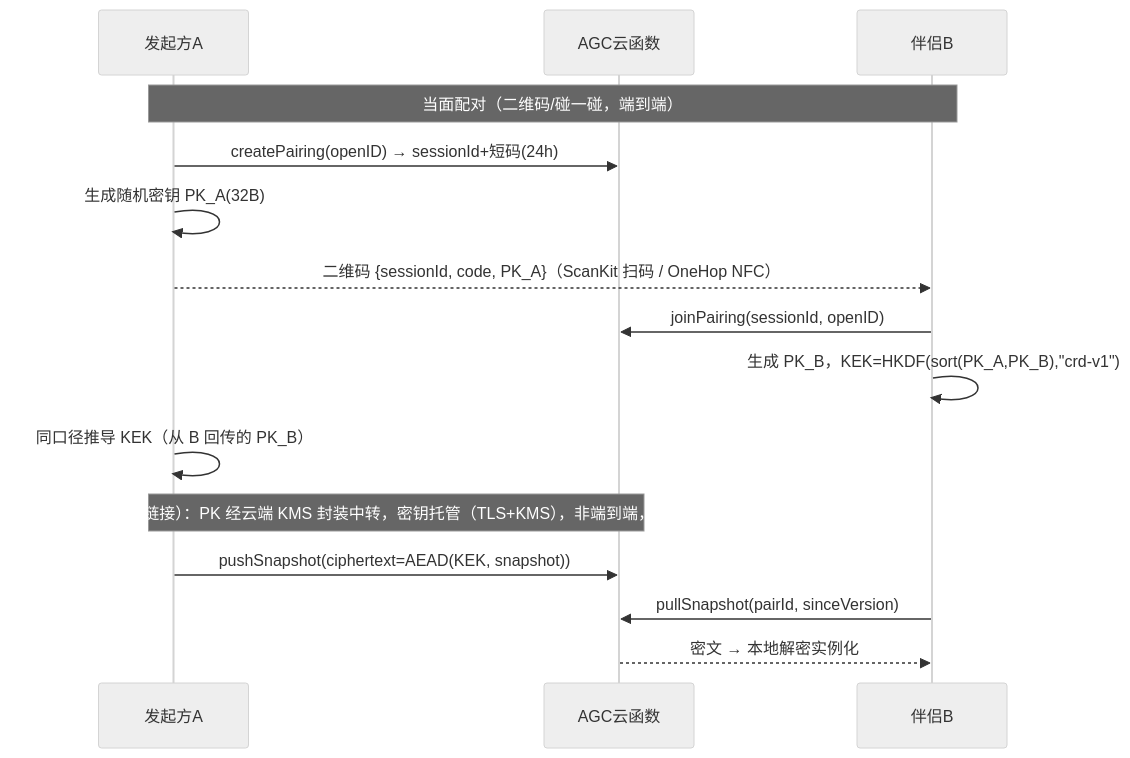
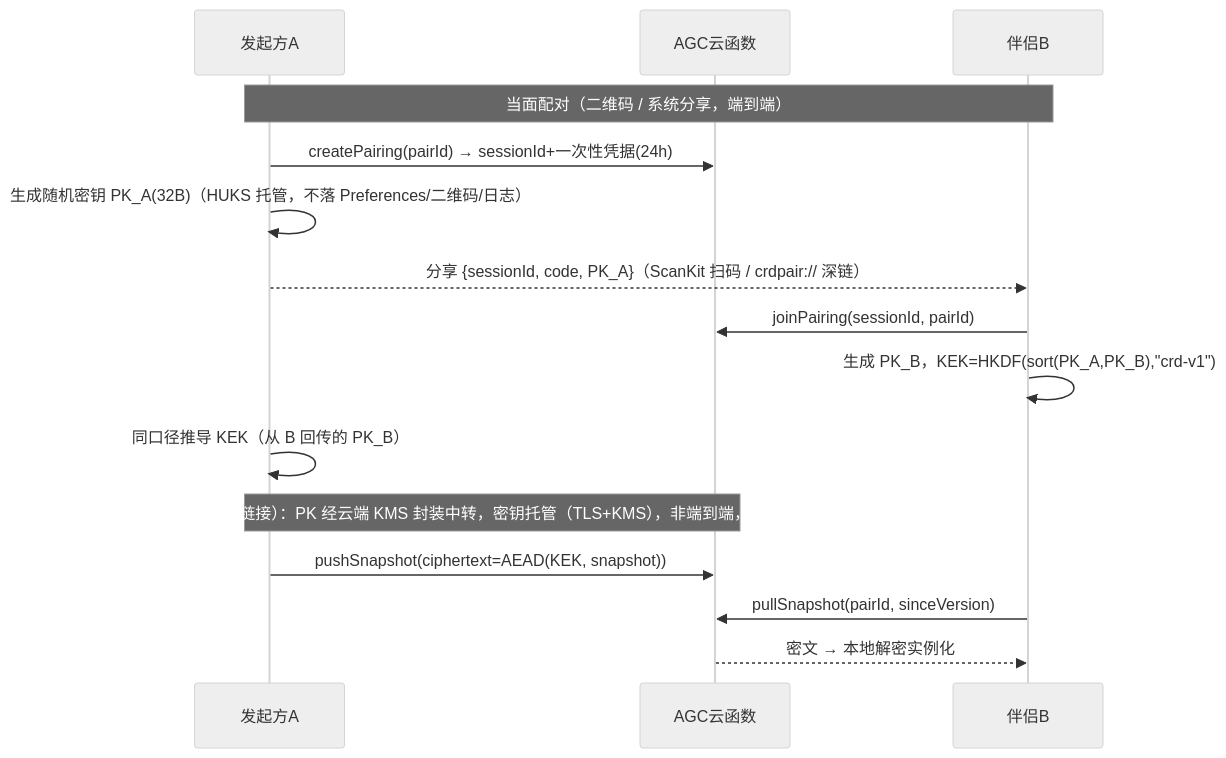
The third of 3 diagrams in docs/02-技术架构设计.md (Shen-Yuuu/CommonRestday), drawn with Mermaid (neutral theme) before and after one commit. The commit also changed other lines of this file and 9 other files, not shown here.

````diff
--- a/docs/02-技术架构设计.md
+++ b/docs/02-技术架构设计.md
@@ -276,17 +319,17 @@
 ```mermaid
 sequenceDiagram
     participant A as 发起方A
     participant C as AGC云函数
     participant B as 伴侣B
-    Note over A,B: 当面配对（二维码/碰一碰，端到端）
-    A->>C: createPairing(openID) → sessionId+短码(24h)
-    A->>A: 生成随机密钥 PK_A(32B)
-    A-->>B: 二维码 {sessionId, code, PK_A}（ScanKit 扫码 / OneHop NFC）
-    B->>C: joinPairing(sessionId, openID)
+    Note over A,B: 当面配对（二维码 / 系统分享，端到端）
+    A->>C: createPairing(pairId) → sessionId+一次性凭据(24h)
+    A->>A: 生成随机密钥 PK_A(32B)（HUKS 托管，不落 Preferences/二维码/日志）
+    A-->>B: 分享 {sessionId, code, PK_A}（ScanKit 扫码 / crdpair:// 深链）
+    B->>C: joinPairing(sessionId, pairId)
     B->>B: 生成 PK_B，KEK=HKDF(sort(PK_A,PK_B),"crd-v1")
     A->>A: 同口径推导 KEK（从 B 回传的 PK_B）
     Note over A,C: 远程配对（邀请码/链接）：PK 经云端 KMS 封装中转，密钥托管（TLS+KMS），非端到端，隐私声明如实标注
     A->>C: pushSnapshot(ciphertext=AEAD(KEK, snapshot))
     B->>C: pullSnapshot(pairId, sinceVersion)
     C-->>B: 密文 → 本地解密实例化
 ```
````
